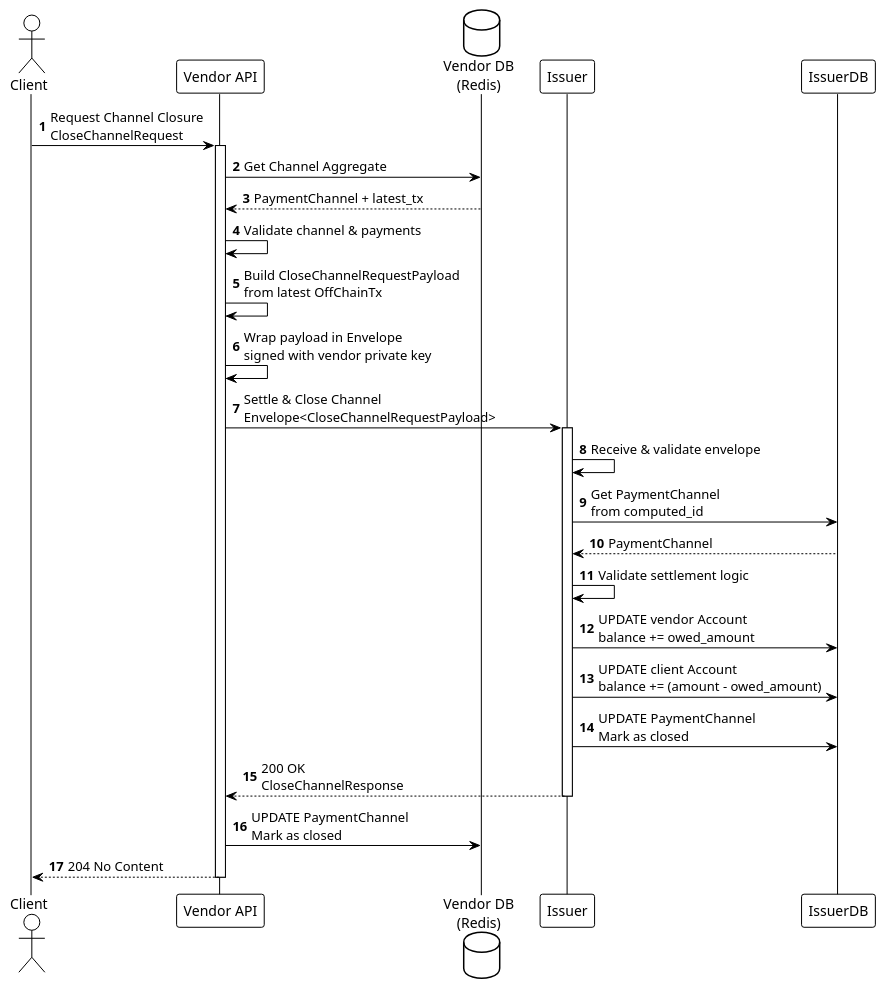
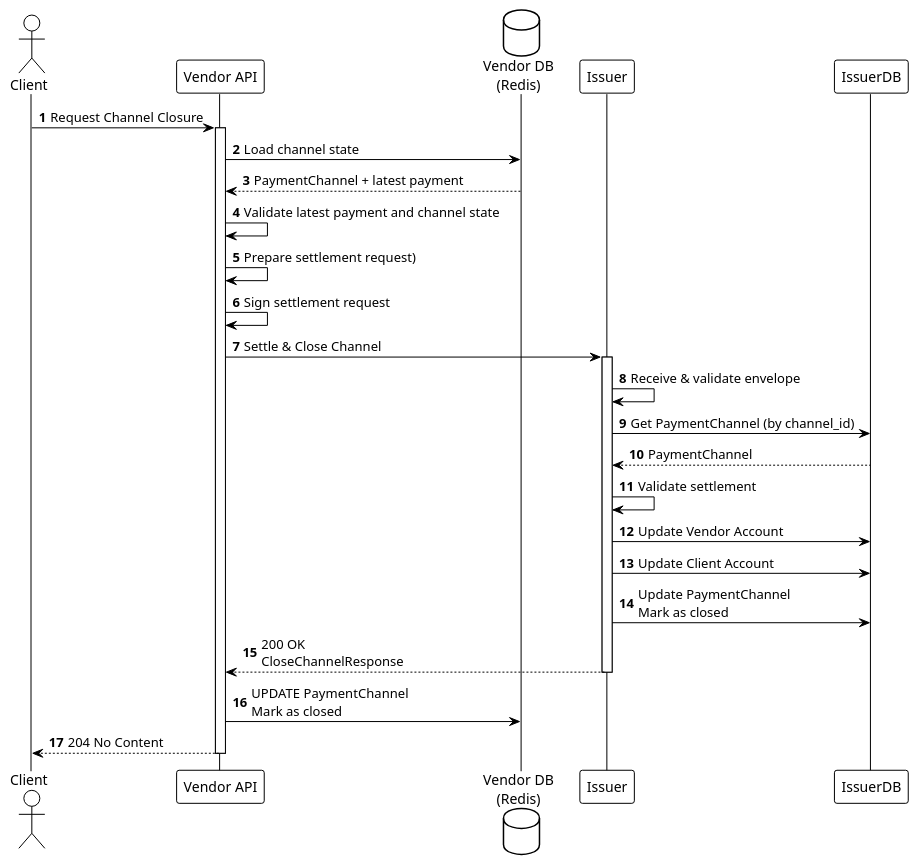
Before and after one commit to otaviootavio/nanomoni: the diagram in umls/phase3-closure-initiation.puml, drawn with PlantUML. The commit also changed 73 other files, not shown here.

First line of the commit message:
Refactor payment channel handling and update terminology

```diff
--- a/umls/phase3-closure-initiation.puml
+++ b/umls/phase3-closure-initiation.puml
@@ -1,42 +1,42 @@
 @startuml Phase3a_Closure_Initiation
 
 !theme plain
 autonumber
 
 actor "Client" as Client
 participant "Vendor API" as Vendor
 database "Vendor DB\n(Redis)" as VendorDB
 
-Client -> Vendor: Request Channel Closure\nCloseChannelRequest
+Client -> Vendor: Request Channel Closure
 activate Vendor
 
-Vendor -> VendorDB: Get Channel Aggregate
-VendorDB --> Vendor: PaymentChannel + latest_tx
+Vendor -> VendorDB: Load channel state
+VendorDB --> Vendor: PaymentChannel + latest payment
 
-Vendor -> Vendor: Validate channel & payments
+Vendor -> Vendor: Validate latest payment and channel state
 
-Vendor -> Vendor: Build CloseChannelRequestPayload\nfrom latest OffChainTx
-Vendor -> Vendor: Wrap payload in Envelope\nsigned with vendor private key
+Vendor -> Vendor: Prepare settlement request)
+Vendor -> Vendor: Sign settlement request
 
-Vendor -> Issuer: Settle & Close Channel\nEnvelope<CloseChannelRequestPayload>
+Vendor -> Issuer: Settle & Close Channel
 activate Issuer
 
 Issuer -> Issuer: Receive & validate envelope
 
-Issuer -> IssuerDB: Get PaymentChannel \nfrom computed_id
+Issuer -> IssuerDB: Get PaymentChannel (by channel_id)
 IssuerDB --> Issuer: PaymentChannel
 
-Issuer -> Issuer: Validate settlement logic
+Issuer -> Issuer: Validate settlement
 
-Issuer -> IssuerDB: UPDATE vendor Account\nbalance += owed_amount
-Issuer -> IssuerDB: UPDATE client Account\nbalance += (amount - owed_amount)
-Issuer -> IssuerDB: UPDATE PaymentChannel\nMark as closed
+Issuer -> IssuerDB: Update Vendor Account
+Issuer -> IssuerDB: Update Client Account
+Issuer -> IssuerDB: Update PaymentChannel\nMark as closed
 
 Issuer --> Vendor: 200 OK\nCloseChannelResponse
 deactivate Issuer
 
 Vendor -> VendorDB: UPDATE PaymentChannel\nMark as closed
 Vendor --> Client: 204 No Content
 deactivate Vendor
 
 @enduml
```
